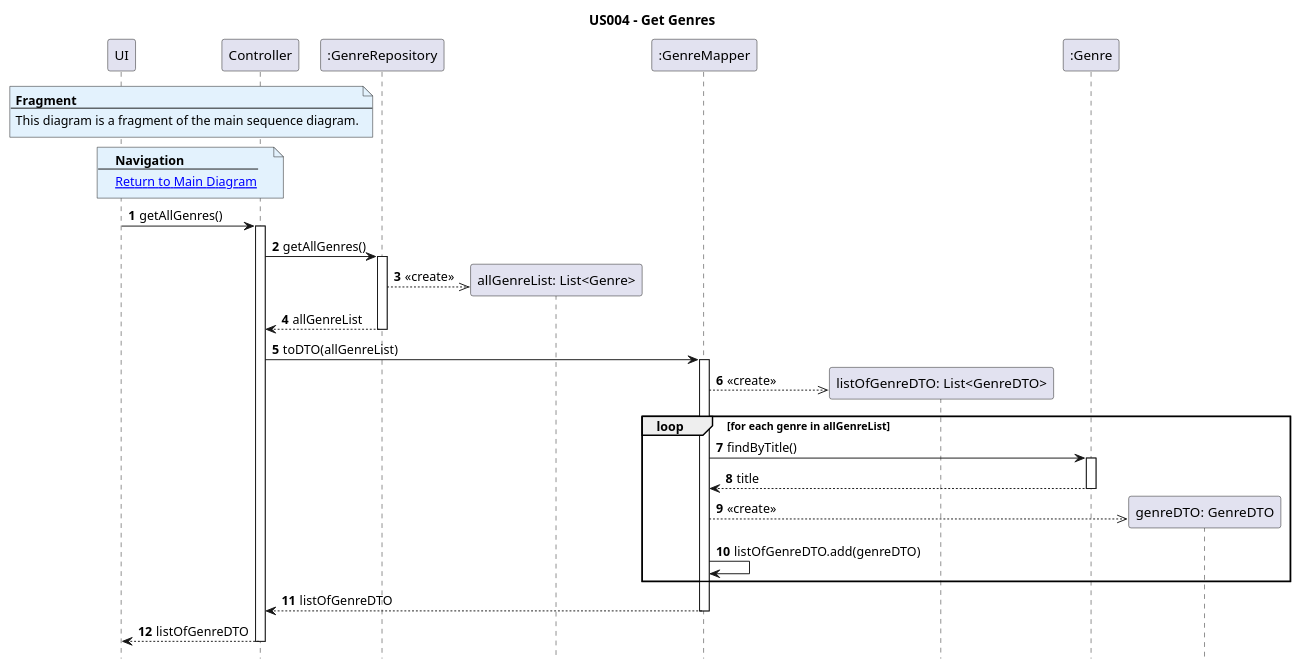
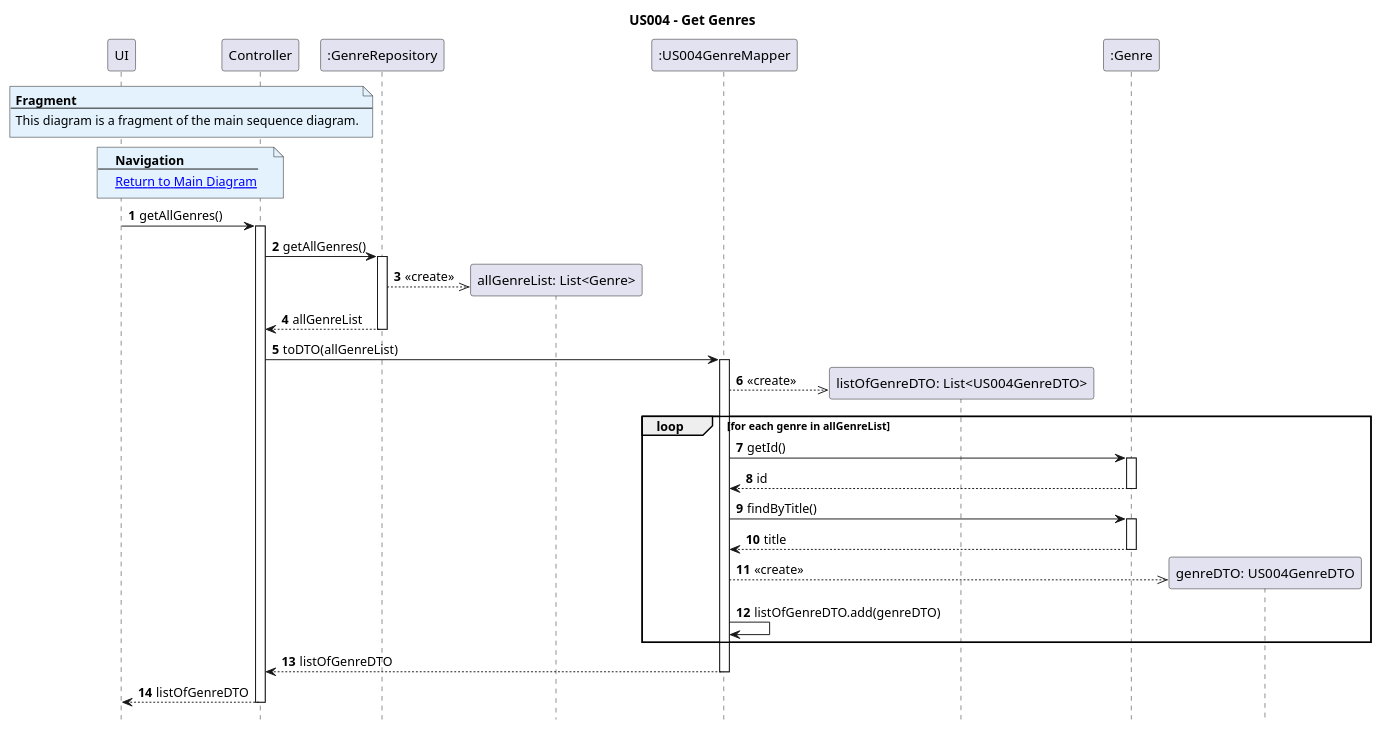
The diagram in Diagrams/SequenceDiagrams/N2/US004-to-register-an-Appraisal-Entity/2.GetGenres.puml (AndrePereiraGitH/SWitCH-Project-Team_A), drawn with PlantUML before and after one commit. The commit also changed 8 other files, not shown here.

Commit message:
fix #431: update US004 diagrams to reflect DTO with id and controller responsibility

```diff
--- a/Diagrams/SequenceDiagrams/N2/US004-to-register-an-Appraisal-Entity/2.GetGenres.puml
+++ b/Diagrams/SequenceDiagrams/N2/US004-to-register-an-Appraisal-Entity/2.GetGenres.puml
@@ -1,62 +1,62 @@
 @startuml
 hide footbox
 autonumber
 
 title US004 - Get Genres
 
 note over UI, Controller #E3F2FD
 <b>Fragment</b>
 ---
 This diagram is a fragment of the main sequence diagram.
 end note
 
 note over UI, Controller #E3F2FD
 <b>Navigation</b>
 ---
 [[1.MainDiagram.puml Return to Main Diagram]]
 end note
 
 participant ":UI004" as UI
 participant ":US004ToRegisterAppraisalEntityController" as Controller
 participant ":GenreRepository" as GenreRepo
 participant "allGenreList: List<Genre>" as allGenreList
-participant ":GenreMapper" as GenreMapper
-participant "listOfGenreDTO: List<GenreDTO>" as listOfGenreDTO
+participant ":US004GenreMapper" as GenreMapper
+participant "listOfGenreDTO: List<US004GenreDTO>" as listOfGenreDTO
 participant ":Genre" as Genre
-participant "genreDTO: GenreDTO" as genreDTO
+participant "genreDTO: US004GenreDTO" as genreDTO
 
 UI -> Controller : getAllGenres()
 activate Controller
 
 Controller -> GenreRepo : getAllGenres()
 activate GenreRepo
 GenreRepo -->> allGenreList ** : <<create>>
 GenreRepo --> Controller : allGenreList
 deactivate GenreRepo
 
 Controller -> GenreMapper : toDTO(allGenreList)
 activate GenreMapper
 GenreMapper -->> listOfGenreDTO ** : <<create>>
 
 loop for each genre in allGenreList
-'    GenreMapper -> Genre : getId()
-'    activate Genre
-'    Genre --> GenreMapper : id
-'    deactivate Genre
+    GenreMapper -> Genre : getId()
+    activate Genre
+    Genre --> GenreMapper : id
+    deactivate Genre
 
     GenreMapper -> Genre : findByTitle()
     activate Genre
     Genre --> GenreMapper : title
     deactivate Genre
 
     GenreMapper -->> genreDTO ** : <<create>>
     GenreMapper -> GenreMapper : listOfGenreDTO.add(genreDTO)
 end
 
 GenreMapper --> Controller : listOfGenreDTO
 deactivate GenreMapper
 
 Controller --> UI : listOfGenreDTO
 deactivate Controller
 
 @enduml
```
